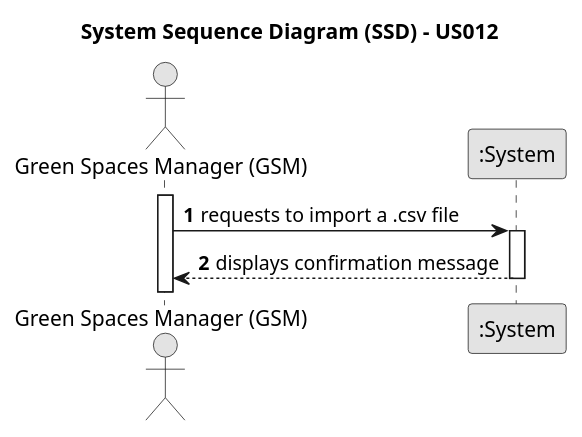
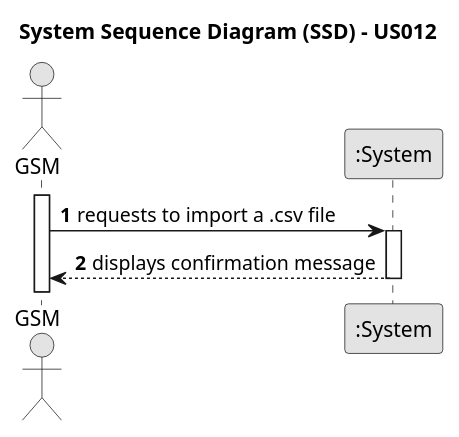
Before and after one commit to ricardomm7/leaflink: the diagram in docs/sprintB/us012/01.requirements-engineering/puml/us012-system-sequence-diagram-alternative-one.puml, drawn with PlantUML. The commit also changed 24 other files, not shown here.

```diff
--- a/docs/sprintB/us012/01.requirements-engineering/puml/us012-system-sequence-diagram-alternative-one.puml
+++ b/docs/sprintB/us012/01.requirements-engineering/puml/us012-system-sequence-diagram-alternative-one.puml
@@ -1,22 +1,22 @@
 @startuml
 skinparam monochrome true
 skinparam packageStyle rectangle
 skinparam shadowing false
 
 title System Sequence Diagram (SSD) - US012
 
 autonumber
 
-actor "Green Spaces Manager (GSM)" as GSM
+actor "GSM" as GSM
 participant ":System" as System
 
 activate GSM
 
     GSM -> System : requests to import a .csv file
     activate System
 
 
         System --> GSM : displays confirmation message
     deactivate System
 
 @enduml
```
